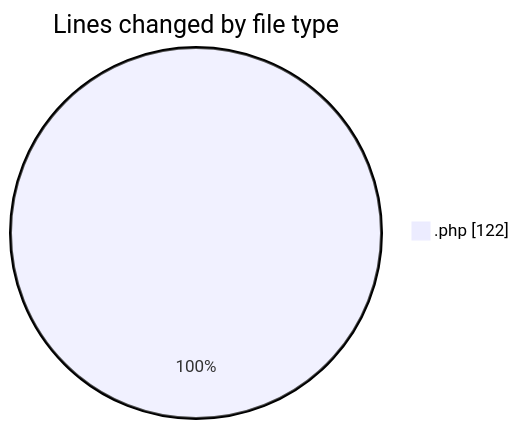
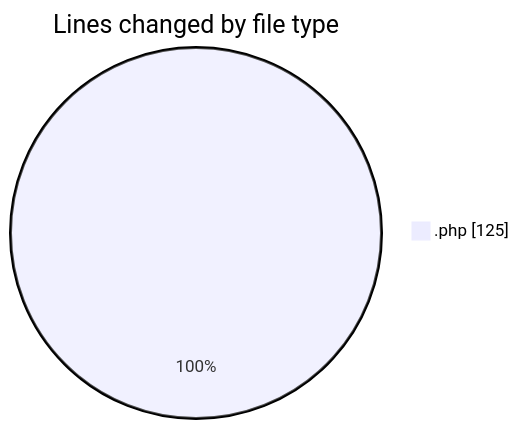
One commit to LanceThiago/code-tracking changed the first of 2 diagrams in 2025-01-22/oficina/README.md. Above: the diagram before and after it, drawn with Mermaid. The commit also changed other lines of this file and 1 other file, not shown here.

````diff
--- a/2025-01-22/oficina/README.md
+++ b/2025-01-22/oficina/README.md
@@ -20,5 +20,5 @@
 ```mermaid
 pie showData
 title Lines changed by file type
-".php" : 122
+".php" : 125
 ```
````
